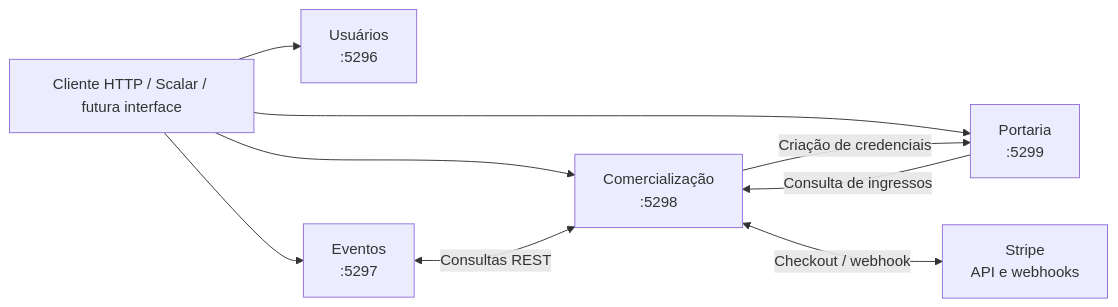
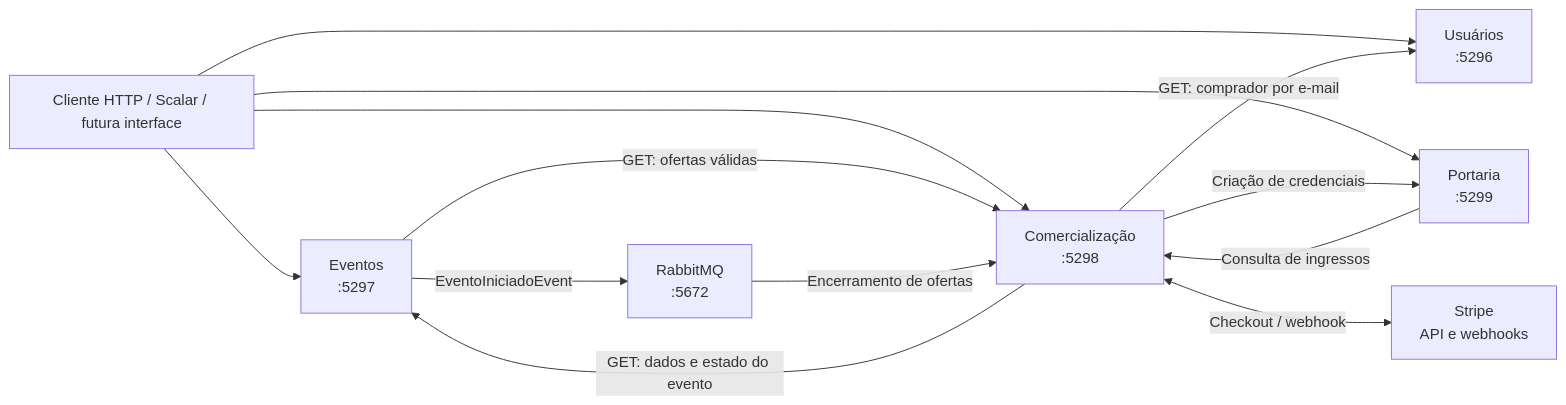
One commit to LaurenceFluciano/microsservicos-eventos-presenciais changed the first of 13 diagrams in Docs/Arquitetura.md. Above: the diagram before and after it, drawn with Mermaid. The commit also changed other lines of this file and 4 other files, not shown here.

````diff
--- a/Docs/Arquitetura.md
+++ b/Docs/Arquitetura.md
@@ -30,19 +32,27 @@
 ```mermaid
 flowchart LR
     Cliente["Cliente HTTP / Scalar / futura interface"]
+
     U["Usuários\n:5296"]
     E["Eventos\n:5297"]
     C["Comercialização\n:5298"]
     P["Portaria\n:5299"]
     S["Stripe\nAPI e webhooks"]
+    R["RabbitMQ\n:5672"]
 
     Cliente --> U
     Cliente --> E
     Cliente --> C
     Cliente --> P
 
-    E <-->|"Consultas REST"| C
+    E -->|"GET: ofertas válidas"| C
+    C -->|"GET: dados e estado do evento"| E
+    C -->|"GET: comprador por e-mail"| U
     C -->|"Criação de credenciais"| P
     P -->|"Consulta de ingressos"| C
+
     C <-->|"Checkout / webhook"| S
+
+    E -->|"EventoIniciadoEvent"| R
+    R -->|"Encerramento de ofertas"| C
 ```
````
